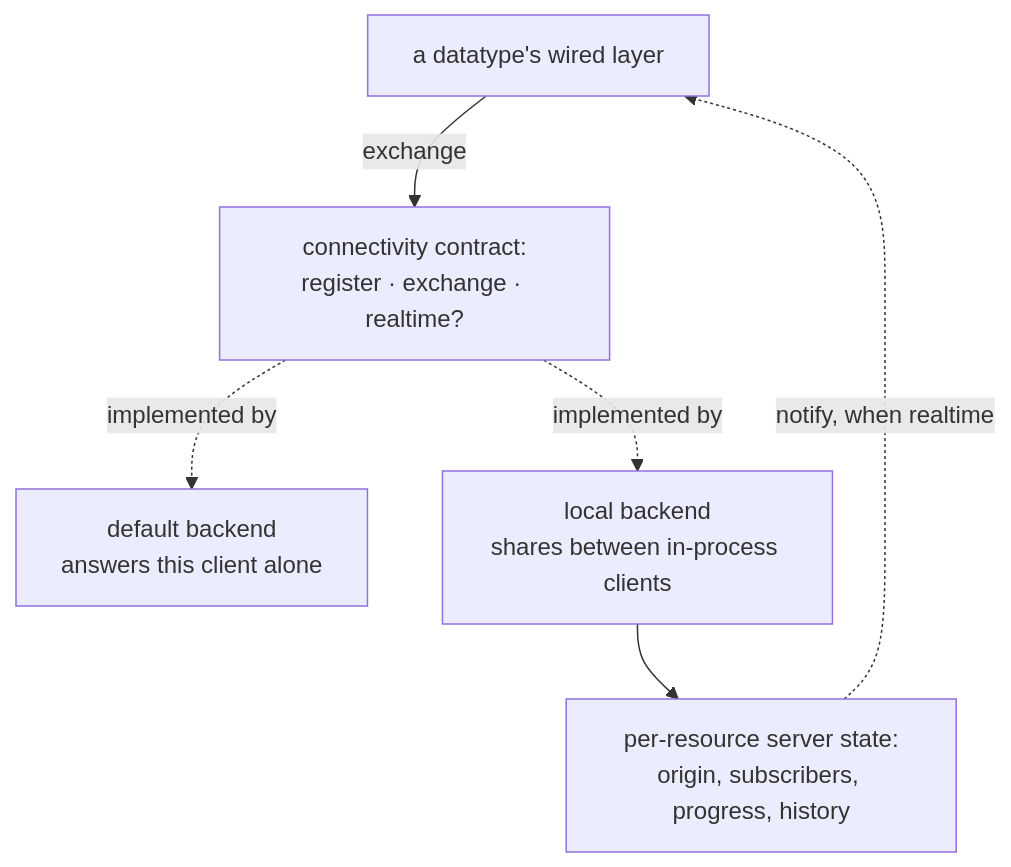
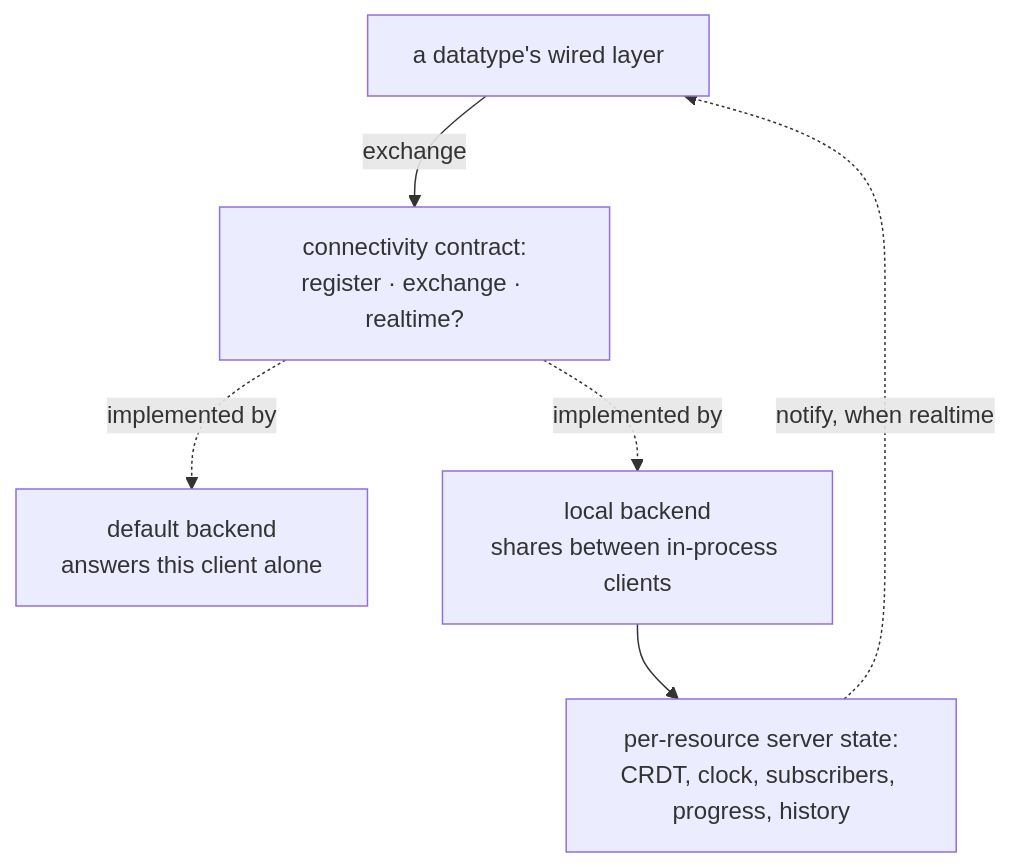
The diagram in docs/connectivity.md (qortoo/qortoo-rs), drawn with Mermaid before and after one commit. The commit also changed other lines of this file and 15 other files, not shown here.

````diff
--- a/docs/connectivity.md
+++ b/docs/connectivity.md
@@ -26,14 +26,14 @@
 ```mermaid
 flowchart TD
     WD["a datatype's wired layer"]
     C["connectivity contract:<br/>register · exchange · realtime?"]
     N["default backend<br/>answers this client alone"]
     L["local backend<br/>shares between in-process clients"]
-    S["per-resource server state:<br/>origin, subscribers, progress, history"]
+    S["per-resource server state:<br/>CRDT, clock, subscribers, progress, history"]
 
     WD -->|exchange| C
     C -.->|implemented by| N
     C -.->|implemented by| L
     L --> S
     S -.->|notify, when realtime| WD
 ```
````
